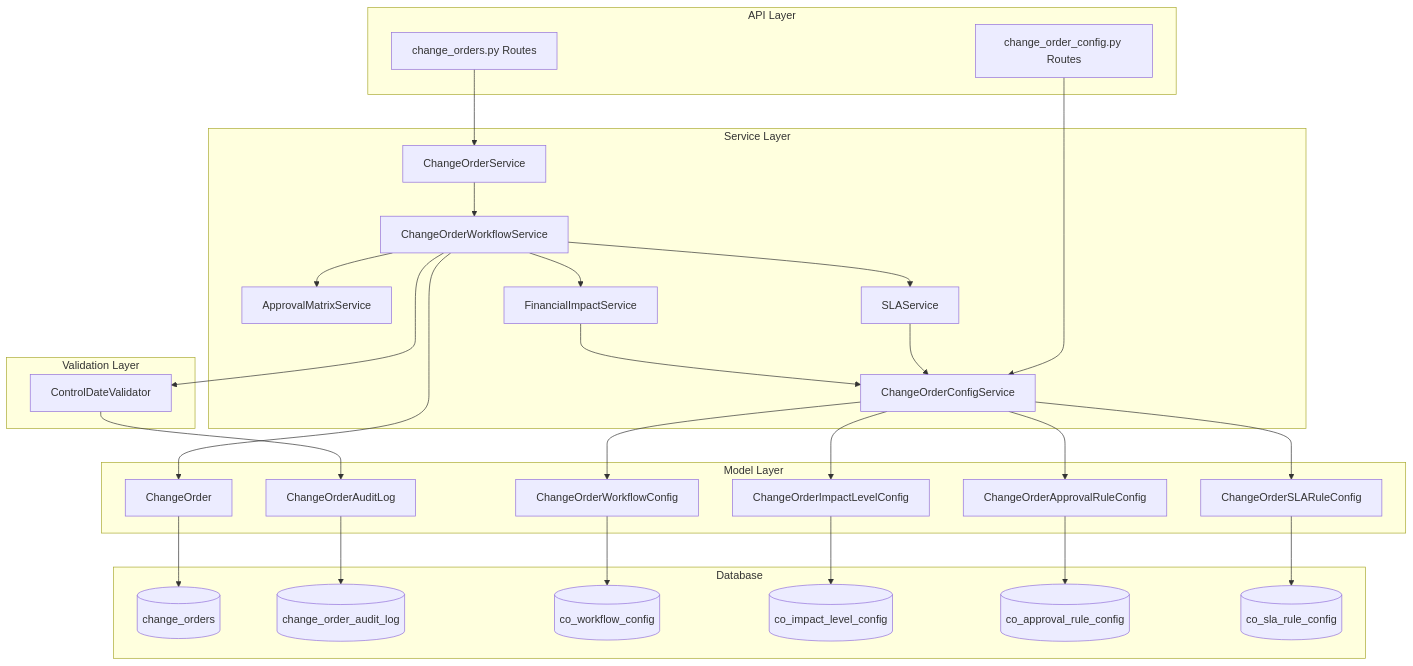
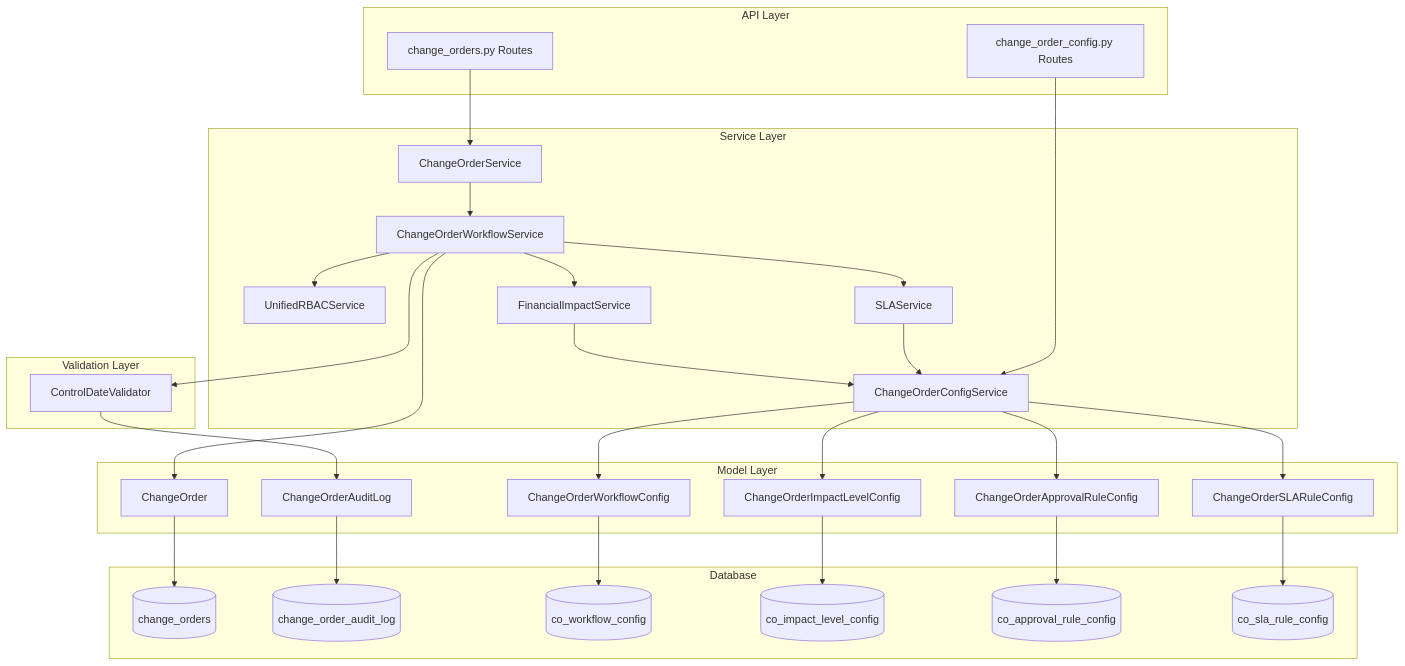
One commit to ogghst/backcast changed the first of 2 diagrams in docs/02-architecture/backend/contexts/change-order-workflow/architecture.md. Above: the diagram before and after it, drawn with Mermaid. The commit also changed other lines of this file and 5 other files, not shown here.

````diff
--- a/docs/02-architecture/backend/contexts/change-order-workflow/architecture.md
+++ b/docs/02-architecture/backend/contexts/change-order-workflow/architecture.md
@@ -37,55 +37,55 @@
 ```mermaid
 graph TB
     subgraph "API Layer"
         A[change_orders.py Routes]
         A2[change_order_config.py Routes]
     end
 
     subgraph "Service Layer"
         B[ChangeOrderService]
         C[ChangeOrderWorkflowService]
-        D[ApprovalMatrixService]
+        D[UnifiedRBACService]
         E[SLAService]
         F[FinancialImpactService]
         G[ChangeOrderConfigService]
     end
 
     subgraph "Validation Layer"
         H[ControlDateValidator]
     end
 
     subgraph "Model Layer"
         I[ChangeOrder]
         J[ChangeOrderAuditLog]
         K[ChangeOrderWorkflowConfig]
         L[ChangeOrderImpactLevelConfig]
         M[ChangeOrderApprovalRuleConfig]
         N[ChangeOrderSLARuleConfig]
     end
 
     subgraph "Database"
         O[(change_orders)]
         P[(change_order_audit_log)]
         Q[(co_workflow_config)]
         R[(co_impact_level_config)]
         S[(co_approval_rule_config)]
         T[(co_sla_rule_config)]
     end
 
     A --> B
     A2 --> G
     B --> C
     C --> D & E & F
     E --> G
     F --> G
     C --> H
     H --> J
     C --> I
     I --> O
     J --> P
     G --> K & L & M & N
     K --> Q
     L --> R
     M --> S
     N --> T
 ```
````
